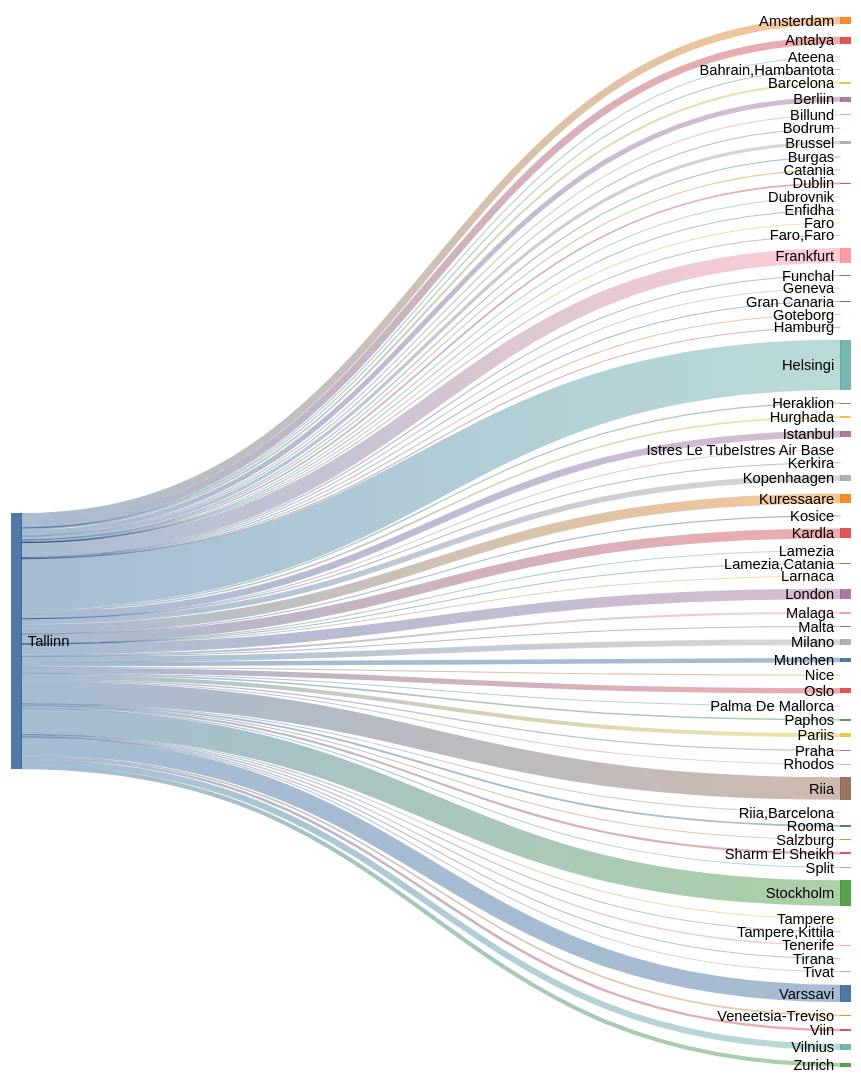
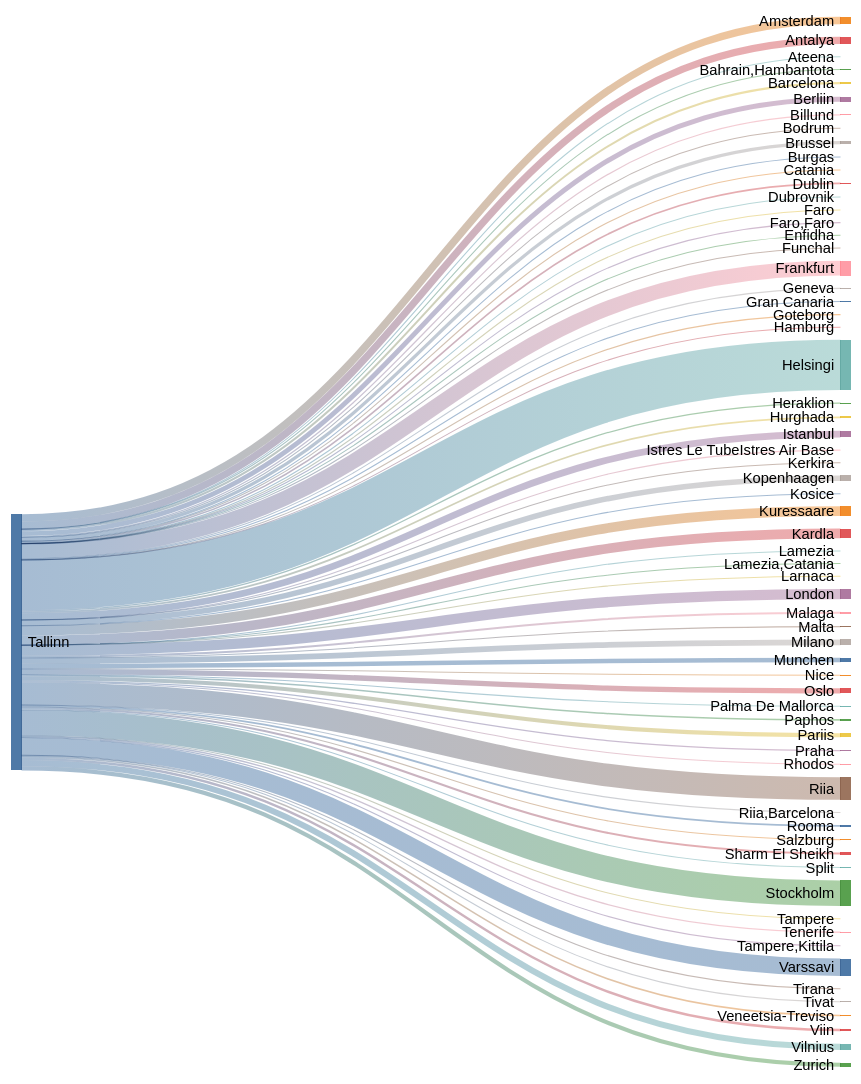
The second of 2 diagrams in README.md (rainermesi/tll-airport-departures), drawn with Mermaid (forest theme) before and after one commit. The commit also changed other lines of this file and 1 other file, not shown here.

````diff
--- a/README.md
+++ b/README.md
@@ -34,77 +34,77 @@
 ```mermaid
 ---
 config:
   sankey:
     showValues: false
     width: 800
     height: 1000
 ---
 sankey-beta
 %% source,target,value
-Tallinn,Amsterdam,317
-Tallinn,Antalya,307
+Tallinn,Amsterdam,319
+Tallinn,Antalya,309
 Tallinn,Ateena,16
 Tallinn,"Bahrain,Hambantota",1
-Tallinn,Barcelona,87
+Tallinn,Barcelona,89
 Tallinn,Berliin,212
-Tallinn,Billund,52
+Tallinn,Billund,53
 Tallinn,Bodrum,11
-Tallinn,Brussel,140
+Tallinn,Brussel,141
 Tallinn,Burgas,23
 Tallinn,Catania,2
 Tallinn,Dublin,71
 Tallinn,Dubrovnik,21
 Tallinn,Enfidha,7
 Tallinn,Faro,4
 Tallinn,"Faro,Faro",1
-Tallinn,Frankfurt,643
+Tallinn,Frankfurt,646
 Tallinn,Funchal,5
 Tallinn,Geneva,13
 Tallinn,Gran Canaria,38
 Tallinn,Goteborg,1
 Tallinn,Hamburg,2
-Tallinn,Helsingi,2160
-Tallinn,Heraklion,52
+Tallinn,Helsingi,2171
+Tallinn,Heraklion,53
 Tallinn,Hurghada,75
-Tallinn,Istanbul,291
+Tallinn,Istanbul,292
 Tallinn,Istres Le TubeIstres Air Base,2
 Tallinn,Kerkira,4
-Tallinn,Kopenhaagen,241
+Tallinn,Kopenhaagen,243
 Tallinn,Kosice,1
-Tallinn,Kuressaare,419
-Tallinn,Kardla,419
+Tallinn,Kuressaare,421
+Tallinn,Kardla,421
 Tallinn,Lamezia,1
 Tallinn,"Lamezia,Catania",3
 Tallinn,Larnaca,4
-Tallinn,London,447
-Tallinn,Malaga,83
+Tallinn,London,449
+Tallinn,Malaga,84
 Tallinn,Malta,17
 Tallinn,Milano,248
 Tallinn,Munchen,198
 Tallinn,Nice,28
 Tallinn,Oslo,229
 Tallinn,Palma De Mallorca,21
 Tallinn,Paphos,66
 Tallinn,Pariis,175
-Tallinn,Praha,54
+Tallinn,Praha,55
 Tallinn,Rhodos,36
-Tallinn,Riia,974
+Tallinn,Riia,979
 Tallinn,"Riia,Barcelona",1
 Tallinn,Rooma,80
 Tallinn,Salzburg,14
 Tallinn,Sharm El Sheikh,92
 Tallinn,Split,29
-Tallinn,Stockholm,1103
+Tallinn,Stockholm,1109
 Tallinn,Tampere,17
 Tallinn,"Tampere,Kittila",21
 Tallinn,Tenerife,58
 Tallinn,Tirana,9
 Tallinn,Tivat,31
-Tallinn,Varssavi,748
+Tallinn,Varssavi,751
 Tallinn,Veneetsia-Treviso,67
 Tallinn,Viin,106
-Tallinn,Vilnius,266
-Tallinn,Zurich,180
+Tallinn,Vilnius,267
+Tallinn,Zurich,181
 
 
 ```
````
